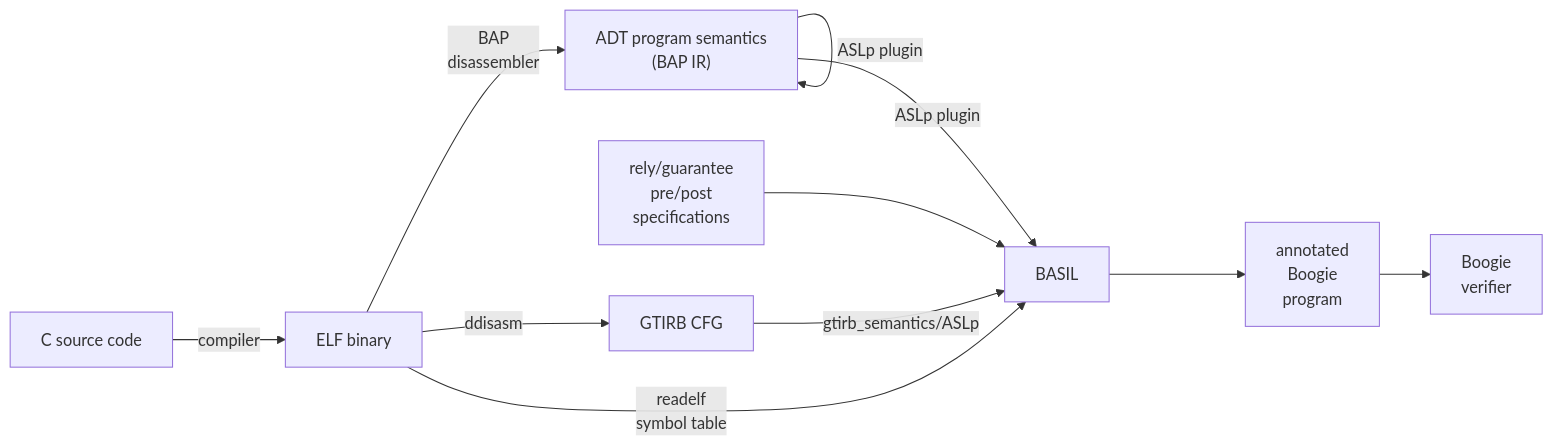
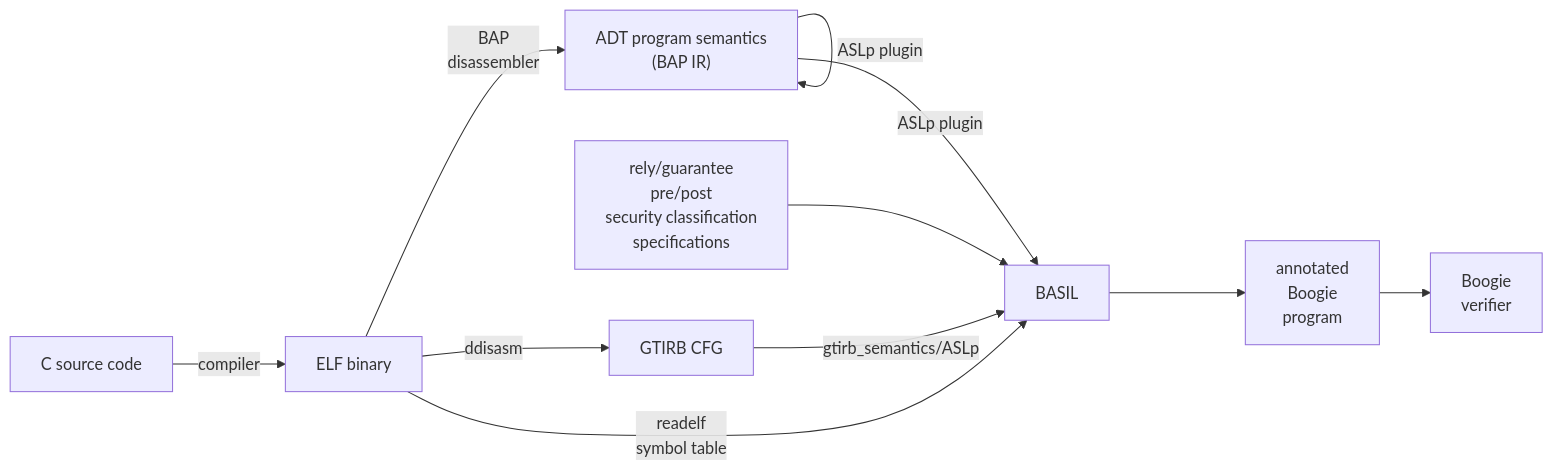
Before and after one commit to UQ-PAC/BASIL: the diagram in docs/readme.md, drawn with Mermaid.

````diff
--- a/docs/readme.md
+++ b/docs/readme.md
@@ -61,28 +61,28 @@
 ```mermaid 
 flowchart LR
   binary["ELF binary"]
   C["C source code"]
   ADT["ADT program semantics
   (BAP IR)"]
   BASIL["BASIL"]
   specification["rely/guarantee
-  pre/post\nspecifications"]
+  pre/post\nsecurity classification\nspecifications"]
   annotated_boogie_program["annotated
   Boogie
   program"]
   boogie["Boogie
   verifier"]
   gtirb["GTIRB CFG"]
   C -- compiler --> binary
   binary -- BAP
     disassembler --> ADT
   binary -- ddisasm --> gtirb
   gtirb -- gtirb_semantics/ASLp --> BASIL
   ADT -- ASLp plugin --> ADT
   ADT -- ASLp plugin --> BASIL
   binary -- readelf
     symbol table --> BASIL
   specification --> BASIL
   BASIL --> annotated_boogie_program
   annotated_boogie_program --> boogie
 ```
````
